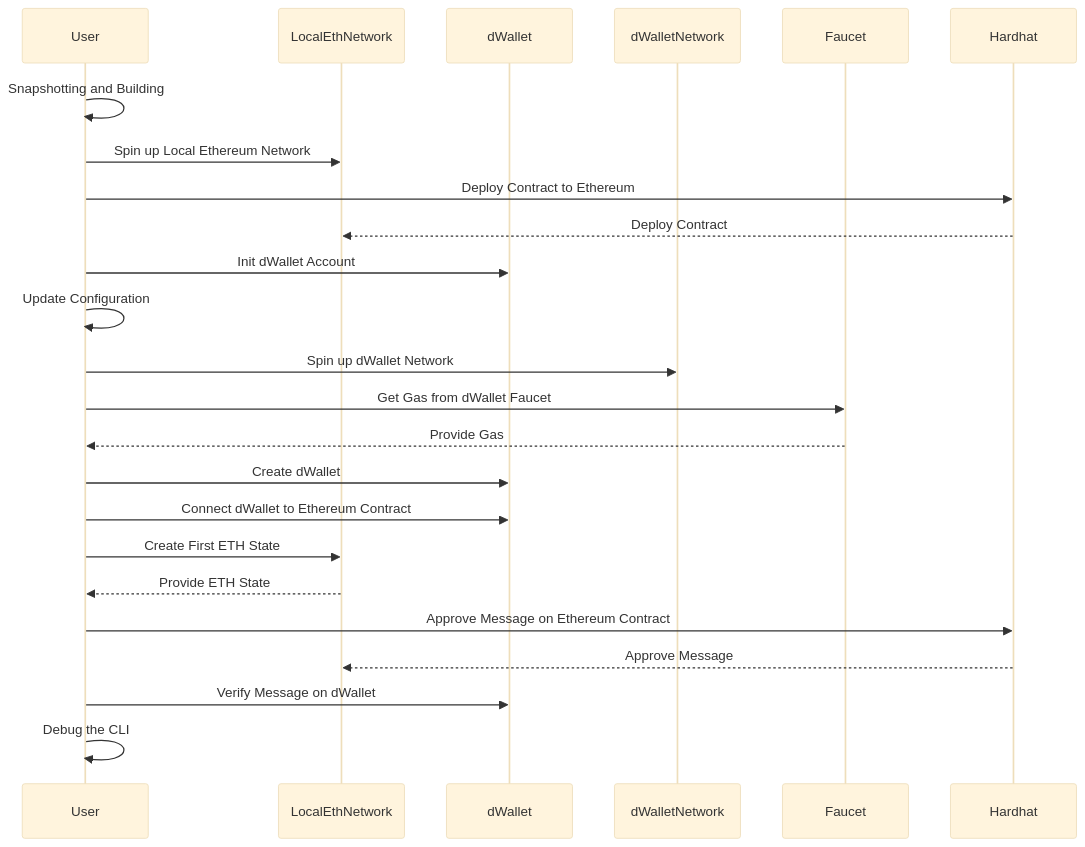
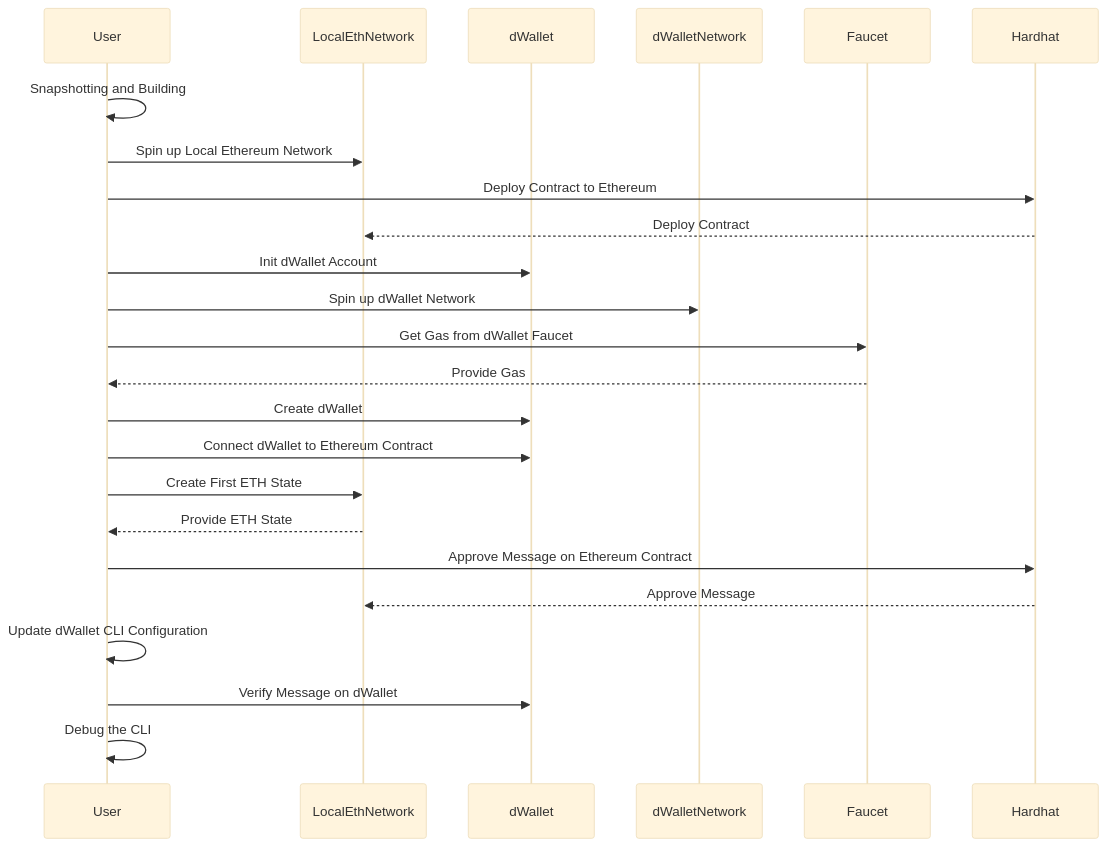
Before and after one commit to dwallet-labs/dwallet-network: the diagram in README_YUVAL.md, drawn with Mermaid (base theme). The commit also changed other lines of this file, not shown here.

````diff
--- a/README_YUVAL.md
+++ b/README_YUVAL.md
@@ -4,26 +3,26 @@
 ```mermaid
 sequenceDiagram
   participant User
   participant LocalEthNetwork
   participant dWallet
   participant dWalletNetwork
   participant Faucet
 
   User->>User: Snapshotting and Building
   User->>LocalEthNetwork: Spin up Local Ethereum Network
   User->>Hardhat: Deploy Contract to Ethereum
   Hardhat-->>LocalEthNetwork: Deploy Contract
   User->>dWallet: Init dWallet Account
-  User->>User: Update Configuration
   User->>dWalletNetwork: Spin up dWallet Network
   User->>Faucet: Get Gas from dWallet Faucet
   Faucet-->>User: Provide Gas
   User->>dWallet: Create dWallet
   User->>dWallet: Connect dWallet to Ethereum Contract
   User->>LocalEthNetwork: Create First ETH State
   LocalEthNetwork-->>User: Provide ETH State
   User->>Hardhat: Approve Message on Ethereum Contract
   Hardhat-->>LocalEthNetwork: Approve Message
+  User->>User: Update dWallet CLI Configuration
   User->>dWallet: Verify Message on dWallet
   User->>User: Debug the CLI
 ```
````
